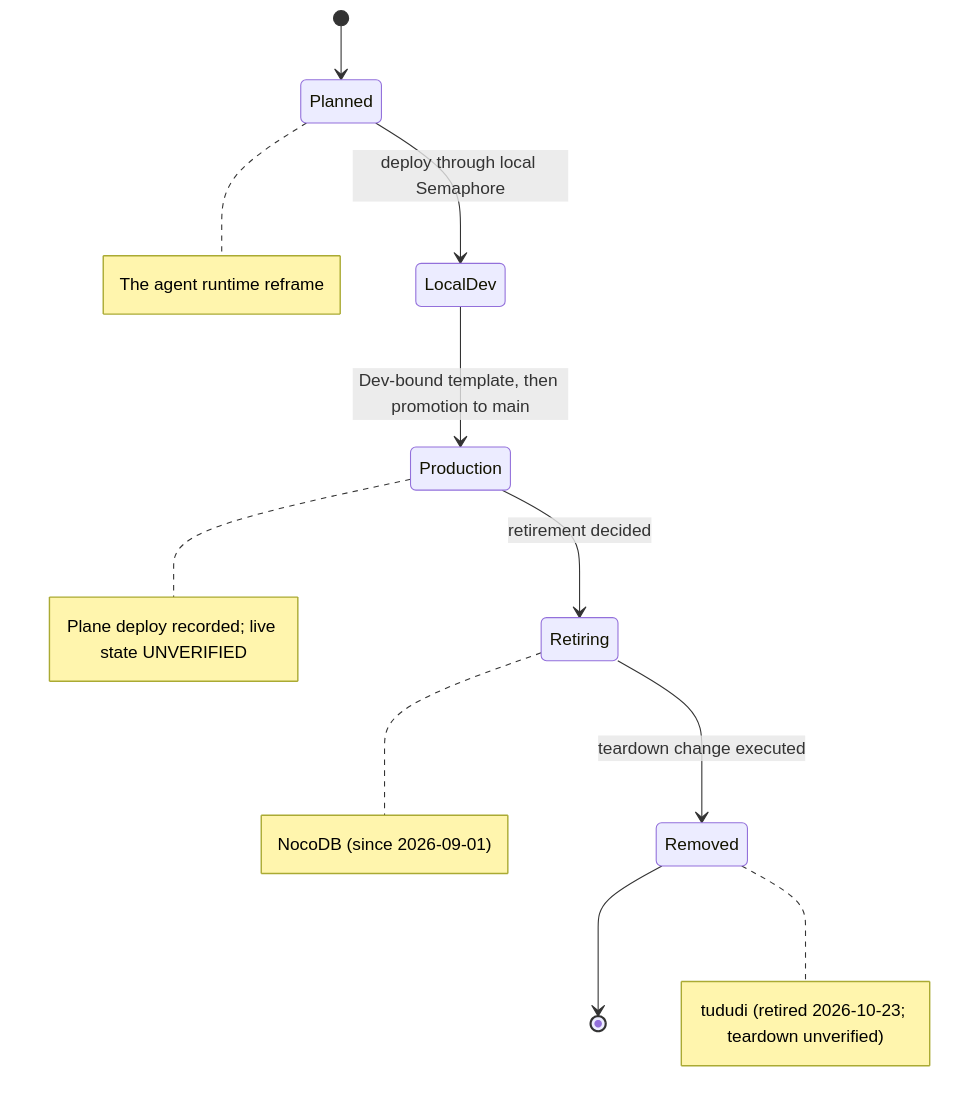
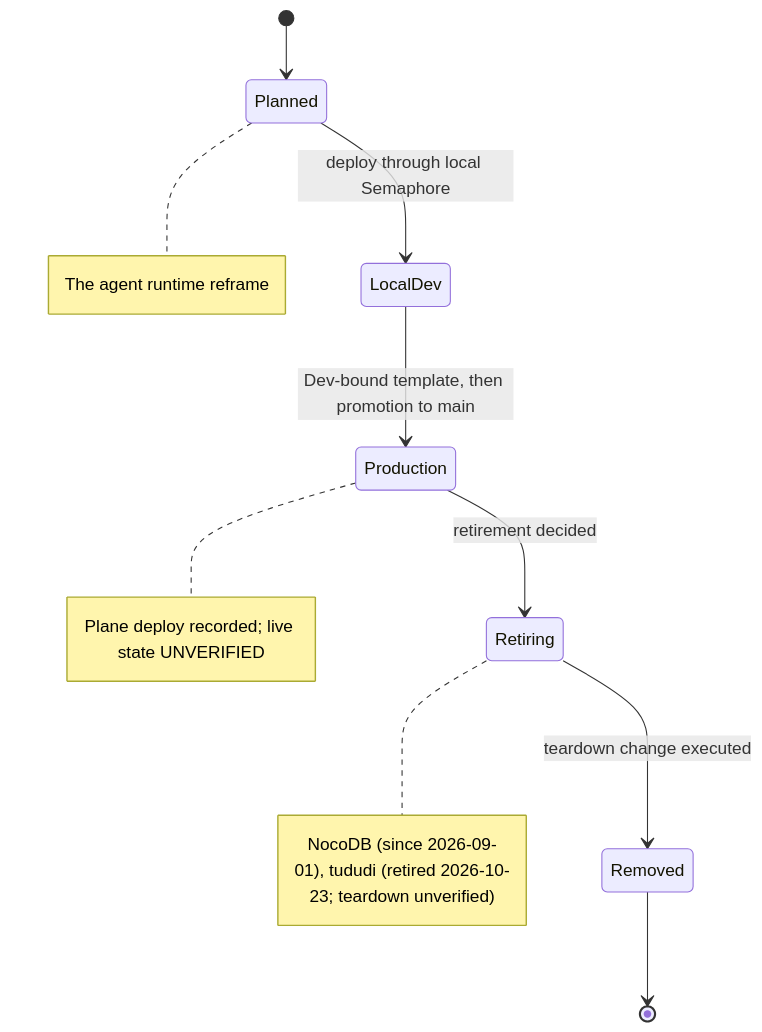
Before and after one commit to uhstray-io/agent-cloud: the ninth of 10 diagrams in plan/architecture/service-architecture.md, drawn with Mermaid. The commit also changed other lines of this file and 9 other files, not shown here.

````diff
--- a/plan/architecture/service-architecture.md
+++ b/plan/architecture/service-architecture.md
@@ -470,21 +475,18 @@
 ```mermaid
 stateDiagram-v2
     [*] --> Planned
     Planned --> LocalDev: deploy through local Semaphore
     LocalDev --> Production: Dev-bound template, then promotion to main
     Production --> Retiring: retirement decided
     Retiring --> Removed: teardown change executed
     Removed --> [*]
     note right of Planned
         The agent runtime reframe
     end note
     note right of Production
         Plane deploy recorded; live state UNVERIFIED
     end note
     note right of Retiring
-        NocoDB (since 2026-09-01)
-    end note
-    note right of Removed
-        tududi (retired 2026-10-23; teardown unverified)
+        NocoDB (since 2026-09-01), tududi (retired 2026-10-23; teardown unverified)
     end note
 ```
````
